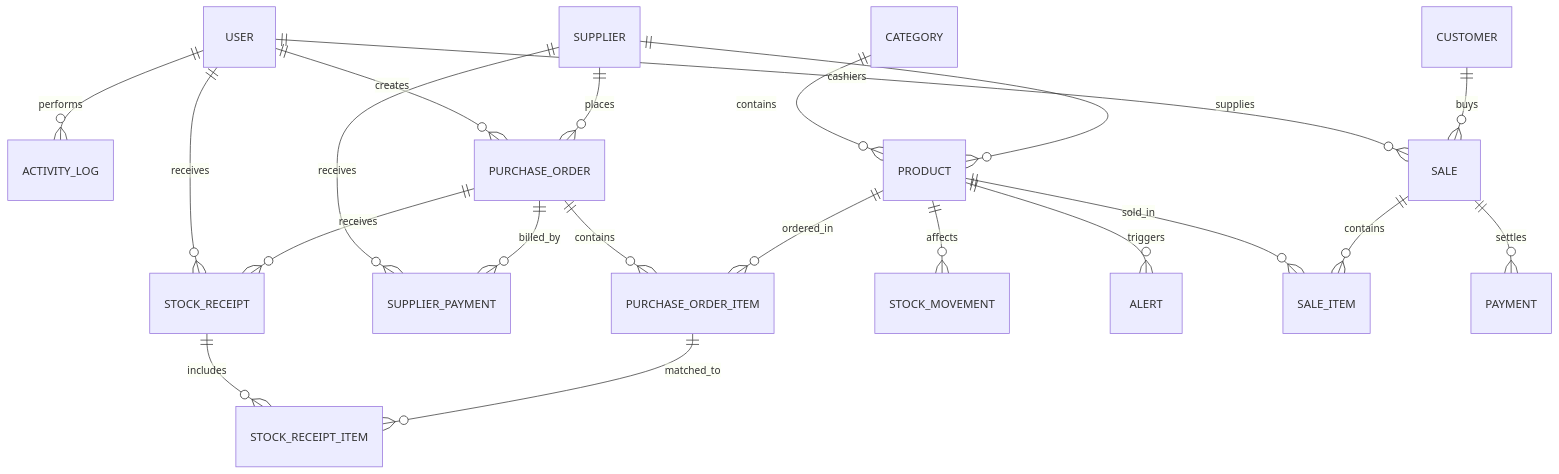
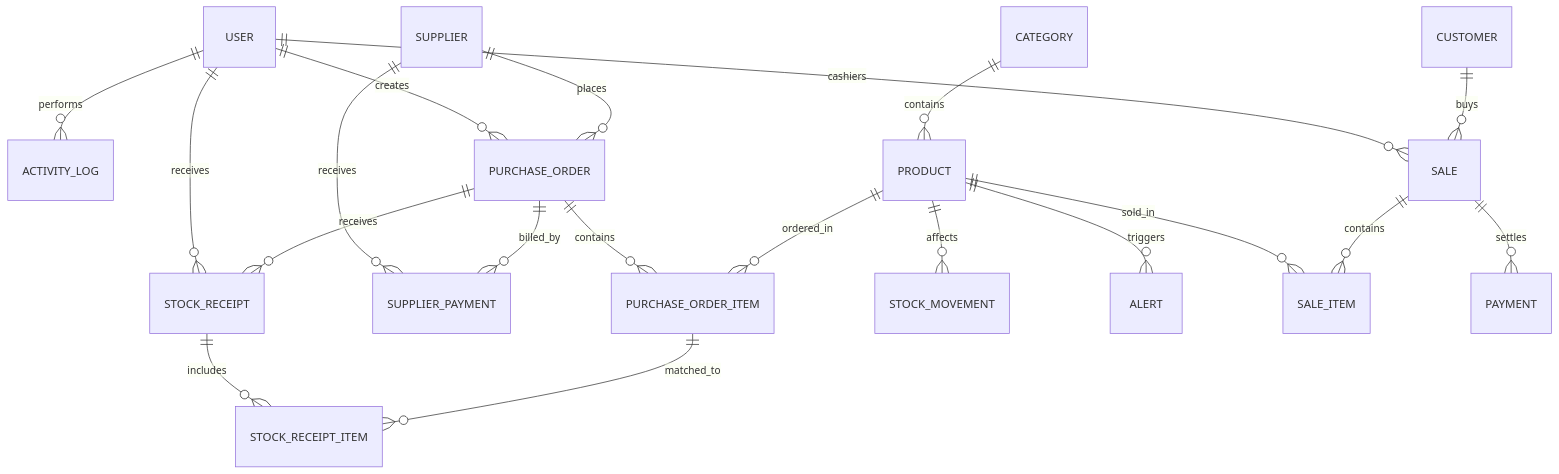
One commit to radecodes202/websys2finalproject changed the diagram in docs/diagrams/erd.mmd. Above: the diagram before and after it, drawn with Mermaid. The commit also changed 5 other files, not shown here.

```diff
--- a/docs/diagrams/erd.mmd
+++ b/docs/diagrams/erd.mmd
@@ -1,25 +1,24 @@
 erDiagram
     USER ||--o{ ACTIVITY_LOG : performs
     USER ||--o{ SALE : cashiers
     USER ||--o{ PURCHASE_ORDER : creates
     USER ||--o{ STOCK_RECEIPT : receives
 
     CATEGORY ||--o{ PRODUCT : contains
-    SUPPLIER ||--o{ PRODUCT : supplies
     SUPPLIER ||--o{ PURCHASE_ORDER : places
     SUPPLIER ||--o{ SUPPLIER_PAYMENT : receives
     PURCHASE_ORDER ||--o{ PURCHASE_ORDER_ITEM : contains
     PURCHASE_ORDER ||--o{ STOCK_RECEIPT : receives
     PURCHASE_ORDER ||--o{ SUPPLIER_PAYMENT : billed_by
 
     PRODUCT ||--o{ PURCHASE_ORDER_ITEM : ordered_in
     PRODUCT ||--o{ STOCK_MOVEMENT : affects
     PRODUCT ||--o{ ALERT : triggers
     PRODUCT ||--o{ SALE_ITEM : sold_in
 
     CUSTOMER ||--o{ SALE : buys
     SALE ||--o{ SALE_ITEM : contains
     SALE ||--o{ PAYMENT : settles
 
     STOCK_RECEIPT ||--o{ STOCK_RECEIPT_ITEM : includes
     PURCHASE_ORDER_ITEM ||--o{ STOCK_RECEIPT_ITEM : matched_to
```
